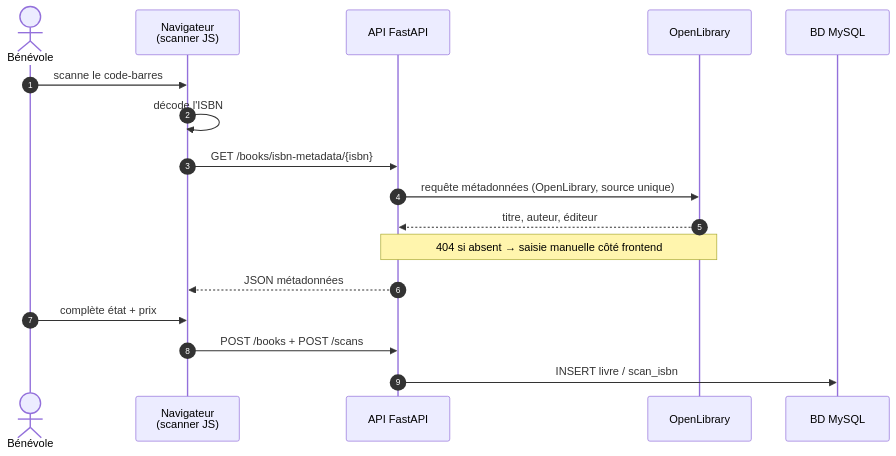
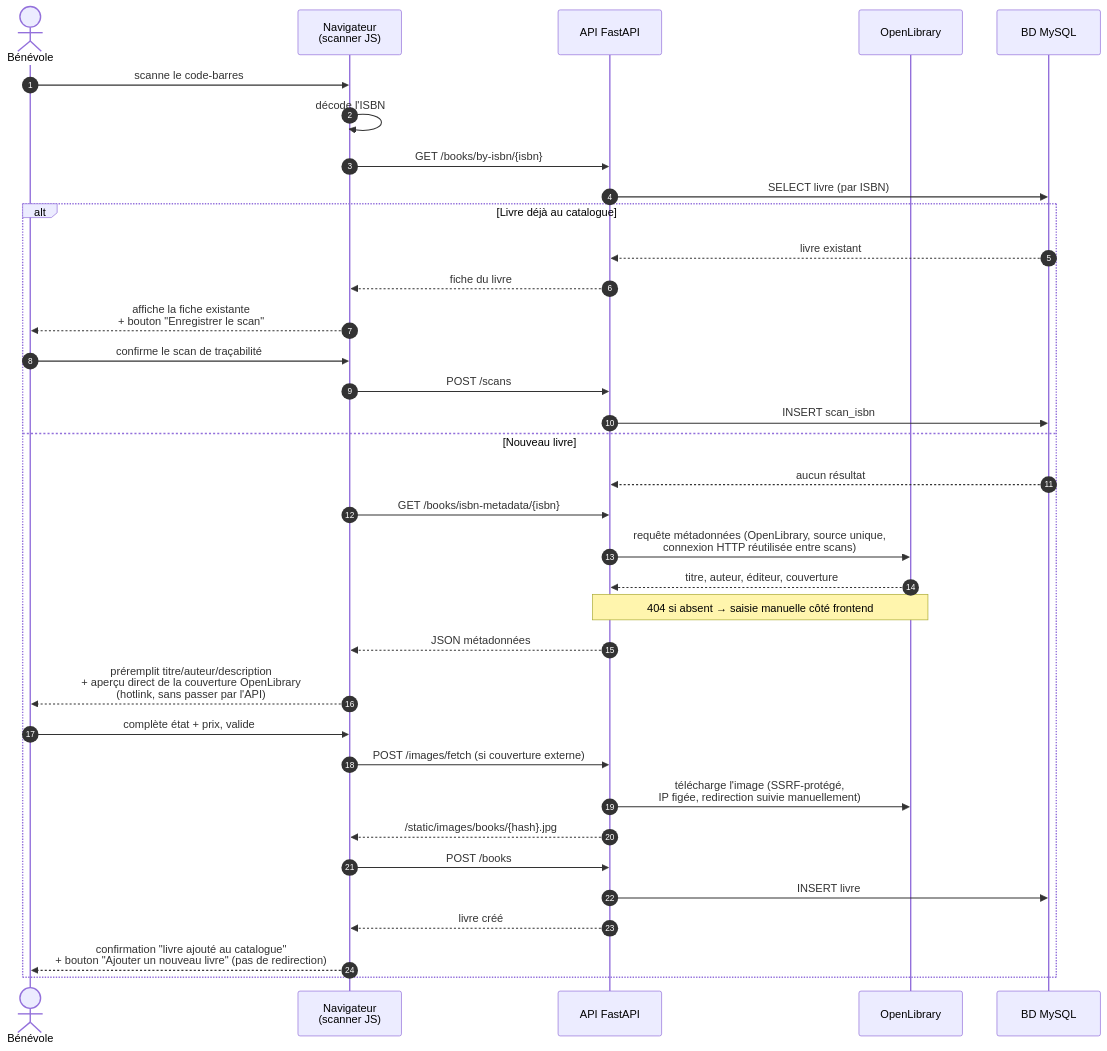
One commit to Visualstudiocodetest/caribooks changed the diagram in diagrams/sequence_isbn.mmd. Above: the diagram before and after it, drawn with Mermaid. The commit also changed 6 other files, not shown here.

First line of the commit message:
Bring the sequence diagrams (and matching Annex C excerpts) up to date

```diff
--- a/diagrams/sequence_isbn.mmd
+++ b/diagrams/sequence_isbn.mmd
@@ -1,19 +1,38 @@
-%% Diagramme de séquence — Scan ISBN et préremplissage des métadonnées
+%% Diagramme de séquence — Scan ISBN, préremplissage et création du livre
 sequenceDiagram
     autonumber
     actor Ben as Bénévole
     participant Nav as Navigateur<br/>(scanner JS)
     participant API as API FastAPI
     participant OL as OpenLibrary
     participant BD as BD MySQL
 
     Ben->>Nav: scanne le code-barres
     Nav->>Nav: décode l'ISBN
-    Nav->>API: GET /books/isbn-metadata/{isbn}
-    API->>OL: requête métadonnées (OpenLibrary, source unique)
-    OL-->>API: titre, auteur, éditeur
-    note over API,OL: 404 si absent → saisie manuelle côté frontend
-    API-->>Nav: JSON métadonnées
-    Ben->>Nav: complète état + prix
-    Nav->>API: POST /books + POST /scans
-    API->>BD: INSERT livre / scan_isbn
+    Nav->>API: GET /books/by-isbn/{isbn}
+    API->>BD: SELECT livre (par ISBN)
+
+    alt Livre déjà au catalogue
+        BD-->>API: livre existant
+        API-->>Nav: fiche du livre
+        Nav-->>Ben: affiche la fiche existante<br/>+ bouton "Enregistrer le scan"
+        Ben->>Nav: confirme le scan de traçabilité
+        Nav->>API: POST /scans
+        API->>BD: INSERT scan_isbn
+    else Nouveau livre
+        BD-->>API: aucun résultat
+        Nav->>API: GET /books/isbn-metadata/{isbn}
+        API->>OL: requête métadonnées (OpenLibrary, source unique,<br/>connexion HTTP réutilisée entre scans)
+        OL-->>API: titre, auteur, éditeur, couverture
+        note over API,OL: 404 si absent → saisie manuelle côté frontend
+        API-->>Nav: JSON métadonnées
+        Nav-->>Ben: préremplit titre/auteur/description<br/>+ aperçu direct de la couverture OpenLibrary<br/>(hotlink, sans passer par l'API)
+        Ben->>Nav: complète état + prix, valide
+        Nav->>API: POST /images/fetch (si couverture externe)
+        API->>OL: télécharge l'image (SSRF-protégé,<br/>IP figée, redirection suivie manuellement)
+        API-->>Nav: /static/images/books/{hash}.jpg
+        Nav->>API: POST /books
+        API->>BD: INSERT livre
+        API-->>Nav: livre créé
+        Nav-->>Ben: confirmation "livre ajouté au catalogue"<br/>+ bouton "Ajouter un nouveau livre" (pas de redirection)
+    end
```
